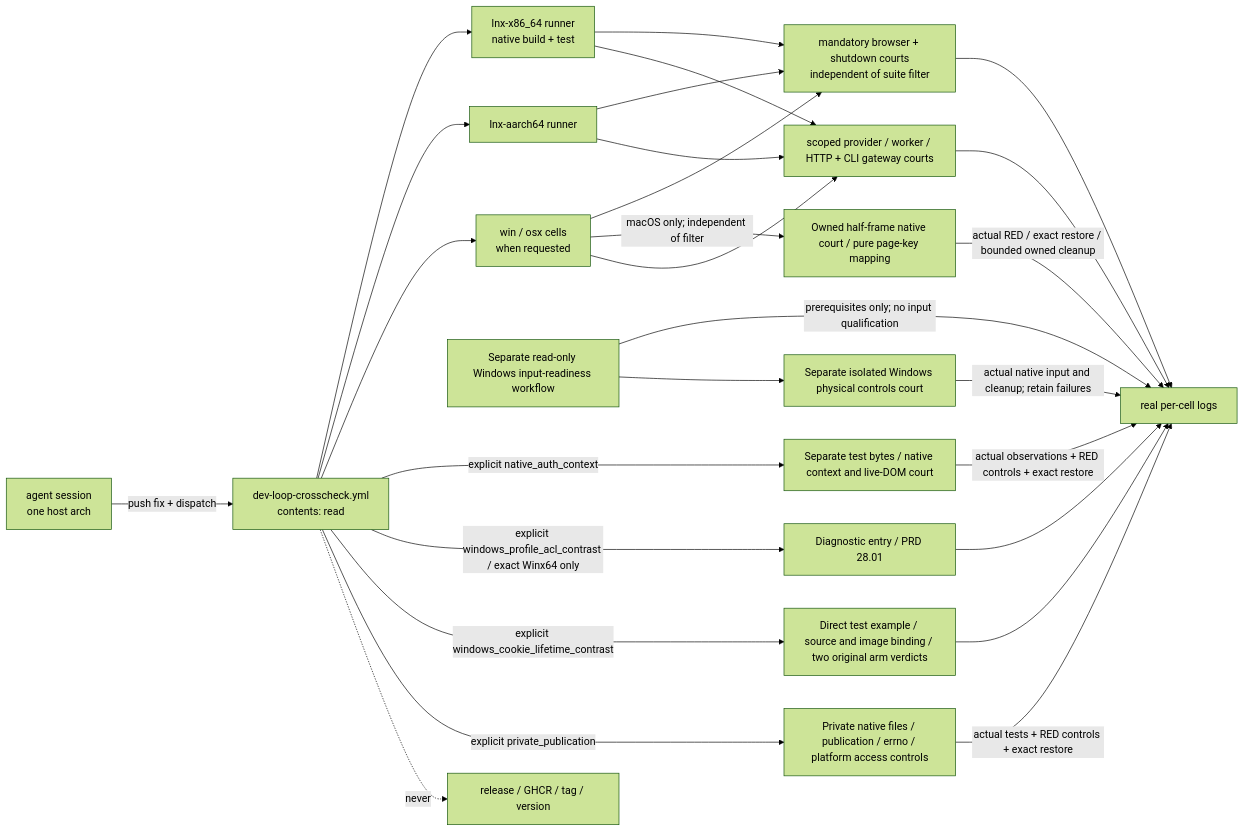
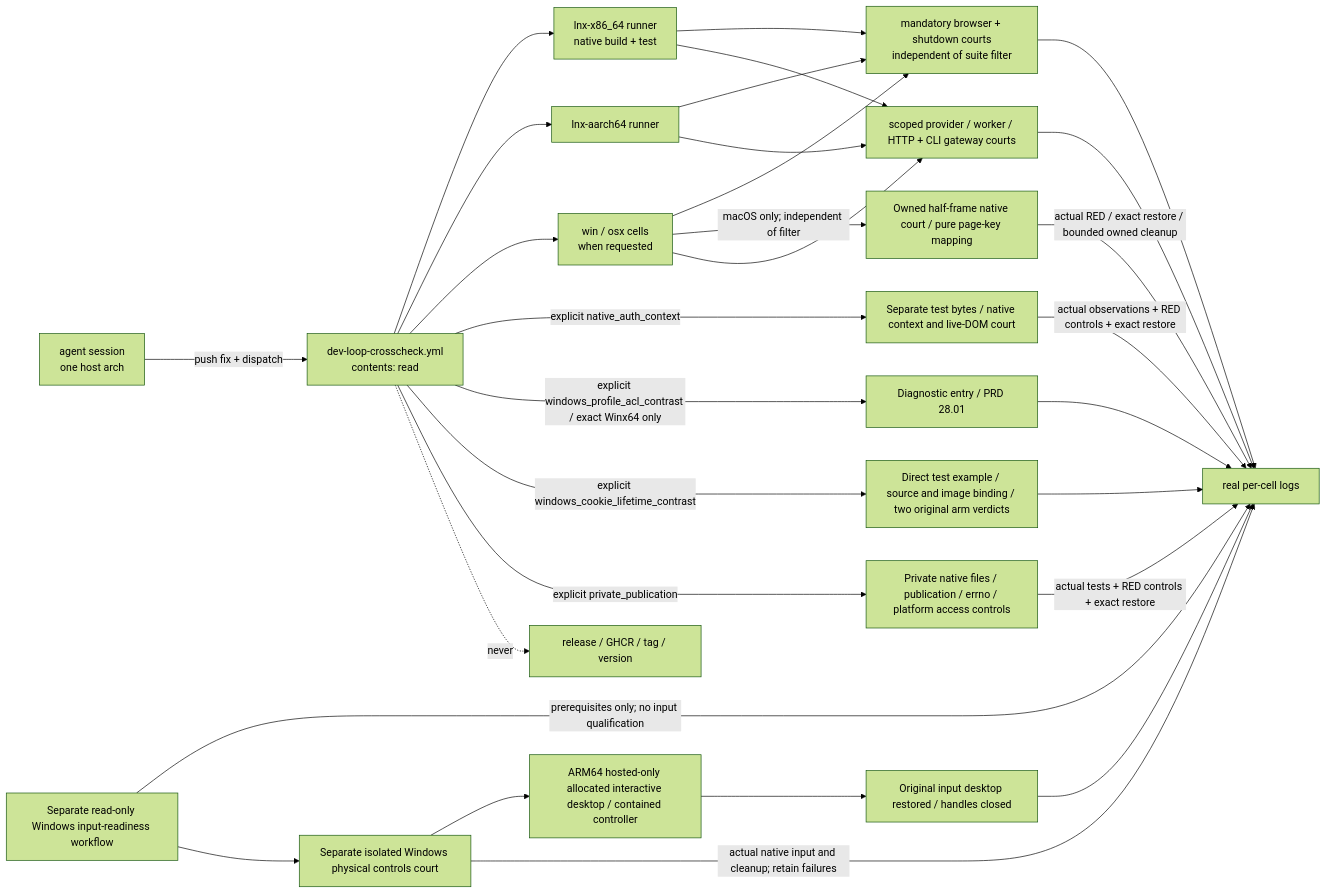
Before and after one commit to partnernetsoftware/minicon: the diagram in prd/PRD_02_32_dev_loop_crosscheck.md, drawn with Mermaid (forest theme). The commit also changed other lines of this file and 5 other files, not shown here.

Commit message:
Allocate and restore the hosted ARM64 physical-input desktop

````diff
--- a/prd/PRD_02_32_dev_loop_crosscheck.md
+++ b/prd/PRD_02_32_dev_loop_crosscheck.md
@@ -68,25 +73,28 @@
 ```mermaid
 flowchart LR
     A["agent session<br/>one host arch"] -->|push fix + dispatch| W["dev-loop-crosscheck.yml<br/>contents: read"]
     W --> C1["lnx-x86_64 runner<br/>native build + test"]
     W --> C2["lnx-aarch64 runner"]
     W --> C3["win / osx cells<br/>when requested"]
     C1 & C2 & C3 --> M["mandatory browser + shutdown courts<br/>independent of suite filter"]
     M --> L["real per-cell logs"]
     C3 -->|macOS only; independent of filter| HALF[Owned half-frame native court / pure page-key mapping]
     HALF -->|actual RED / exact restore / bounded owned cleanup| L
     C1 & C2 & C3 --> G["scoped provider / worker / HTTP + CLI gateway courts"]
     G --> L
     W -->|explicit native_auth_context| T[Separate test bytes / native context and live-DOM court]
     T -->|actual observations + RED controls + exact restore| L
     W -->|explicit windows_profile_acl_contrast / exact Winx64 only| ACL[Diagnostic entry / PRD 28.01]
     ACL --> L
     W -->|explicit windows_cookie_lifetime_contrast| LC[Direct test example / source and image binding / two original arm verdicts]
     LC --> L
     W -->|explicit private_publication| PP[Private native files / publication / errno / platform access controls]
     PP -->|actual tests + RED controls + exact restore| L
     INPUT[Separate read-only Windows input-readiness workflow] -->|prerequisites only; no input qualification| L
     INPUT --> NC[Separate isolated Windows physical controls court]
+    NC --> ARM[ARM64 hosted-only allocated interactive desktop / contained controller]
+    ARM --> RESTORE[Original input desktop restored / handles closed]
+    RESTORE --> L
     NC -->|actual native input and cleanup; retain failures| L
     W -. never .-> R["release / GHCR / tag / version"]
 ```
````
